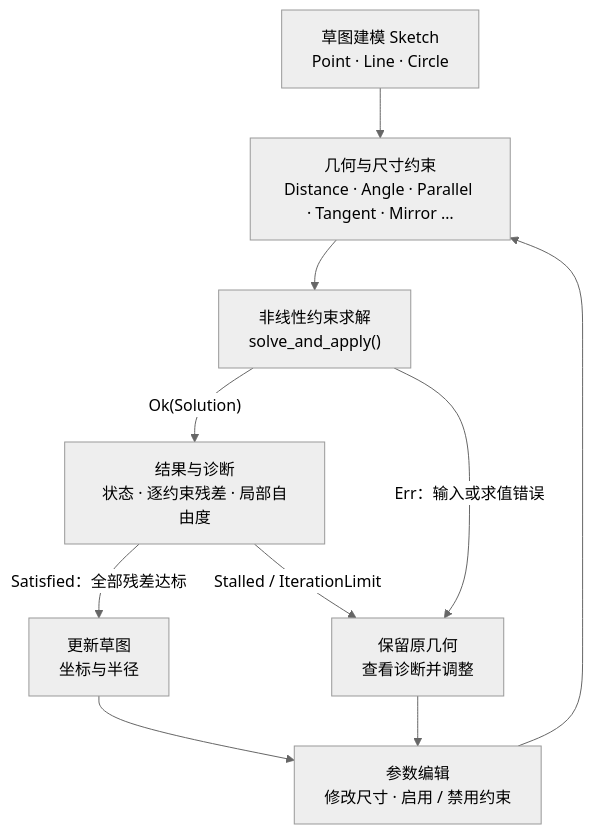
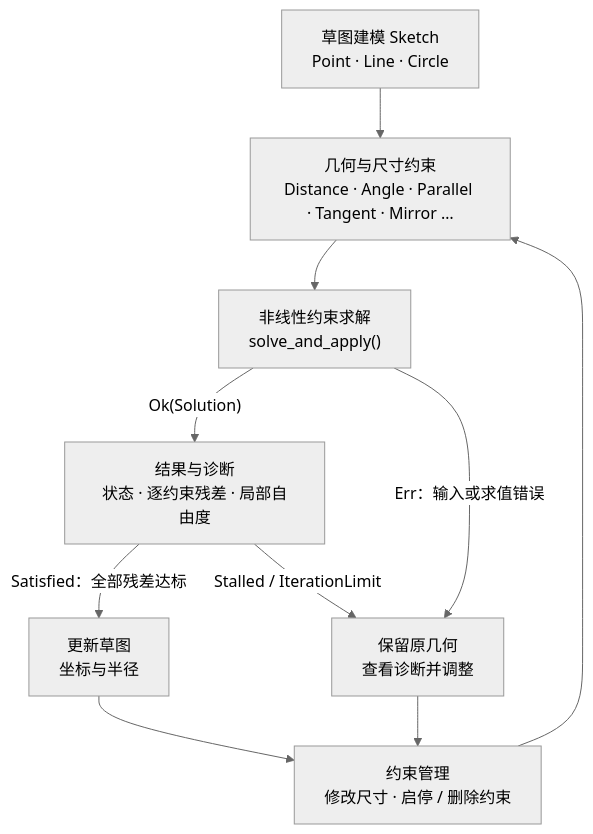
The diagram in README.md (mik1e80/MoonBit-CAD-), drawn with Mermaid (neutral theme) before and after one commit. The commit also changed other lines of this file and 13 other files, not shown here.

````diff
--- a/README.md
+++ b/README.md
@@ -41,19 +41,19 @@
 ```mermaid
 flowchart TD
     G["草图建模 Sketch<br/>Point · Line · Circle"]
     C["几何与尺寸约束<br/>Distance · Angle · Parallel · Tangent · Mirror …"]
     S["非线性约束求解<br/>solve_and_apply()"]
     R["结果与诊断<br/>状态 · 逐约束残差 · 局部自由度"]
     U["更新草图<br/>坐标与半径"]
     K["保留原几何<br/>查看诊断并调整"]
-    E["参数编辑<br/>修改尺寸 · 启用 / 禁用约束"]
+    E["约束管理<br/>修改尺寸 · 启停 / 删除约束"]
 
     G --> C --> S
     S -->|"Ok(Solution)"| R
     S -->|"Err：输入或求值错误"| K
     R -->|"Satisfied：全部残差达标"| U
     R -->|"Stalled / IterationLimit"| K
     U --> E
     K --> E
     E --> C
 ```
````
